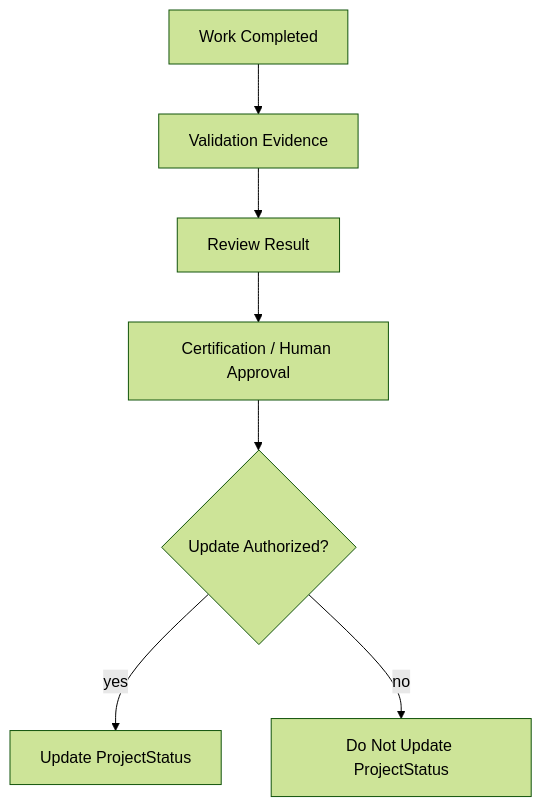
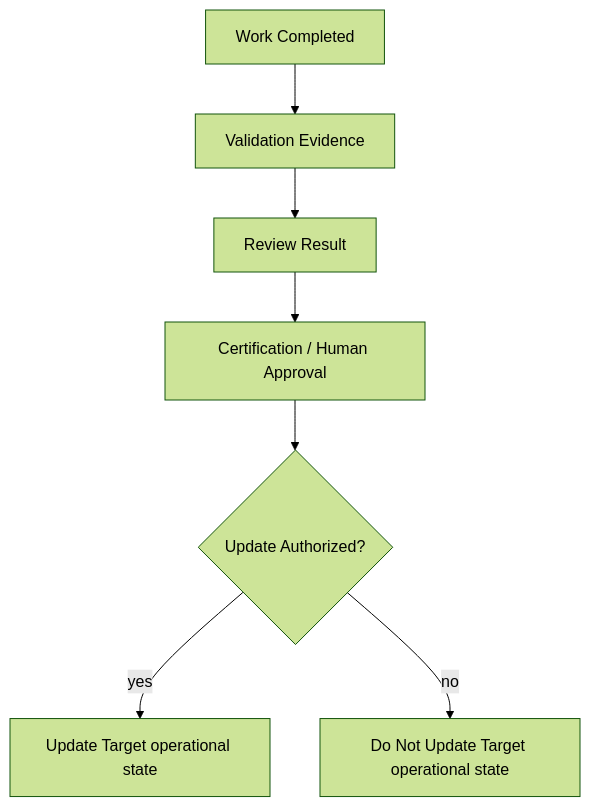
Before and after one commit to doallon/forge-ai: the sixth of 11 diagrams in docs/AI/GOVERNANCE.md, drawn with Mermaid (forest theme). The commit also changed other lines of this file and 5 other files, not shown here.

````diff
--- a/docs/AI/GOVERNANCE.md
+++ b/docs/AI/GOVERNANCE.md
@@ -532,13 +532,13 @@
 ```mermaid
 flowchart TD
     Work[Work Completed]
     Evidence[Validation Evidence]
     Review[Review Result]
     Cert[Certification / Human Approval]
     Authorized{Update Authorized?}
-    Update[Update ProjectStatus]
-    NoUpdate[Do Not Update ProjectStatus]
+    Update[Update Target operational state]
+    NoUpdate[Do Not Update Target operational state]
     Work --> Evidence --> Review --> Cert --> Authorized
     Authorized -- yes --> Update
     Authorized -- no --> NoUpdate
 ```
````
